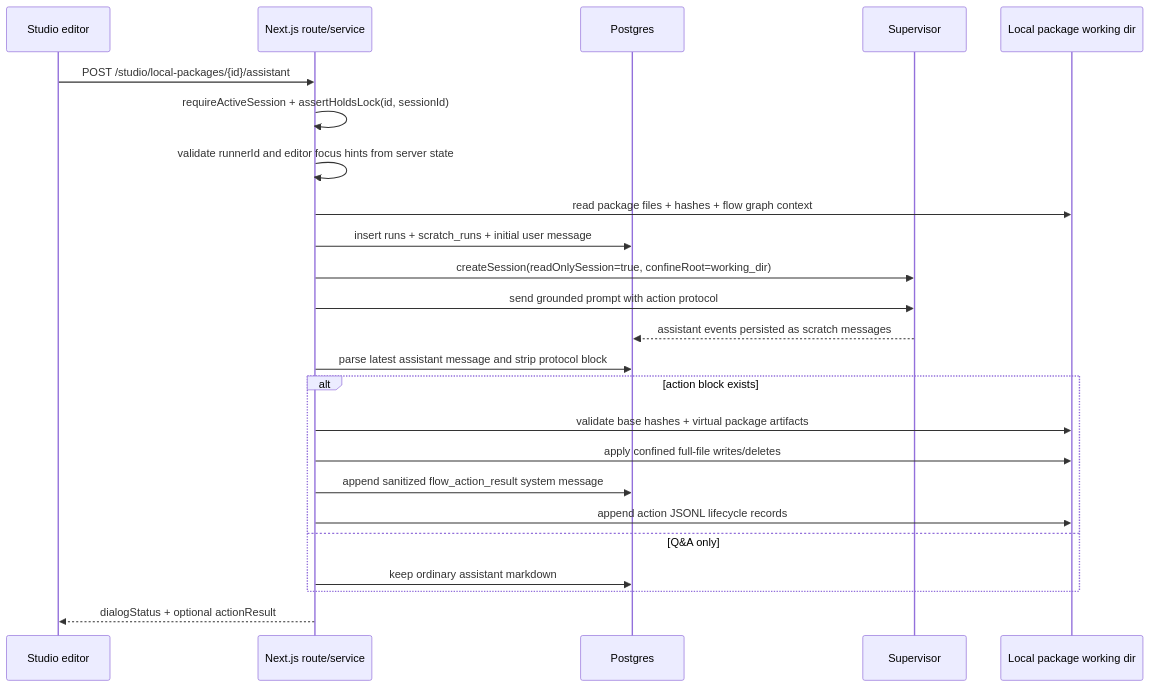
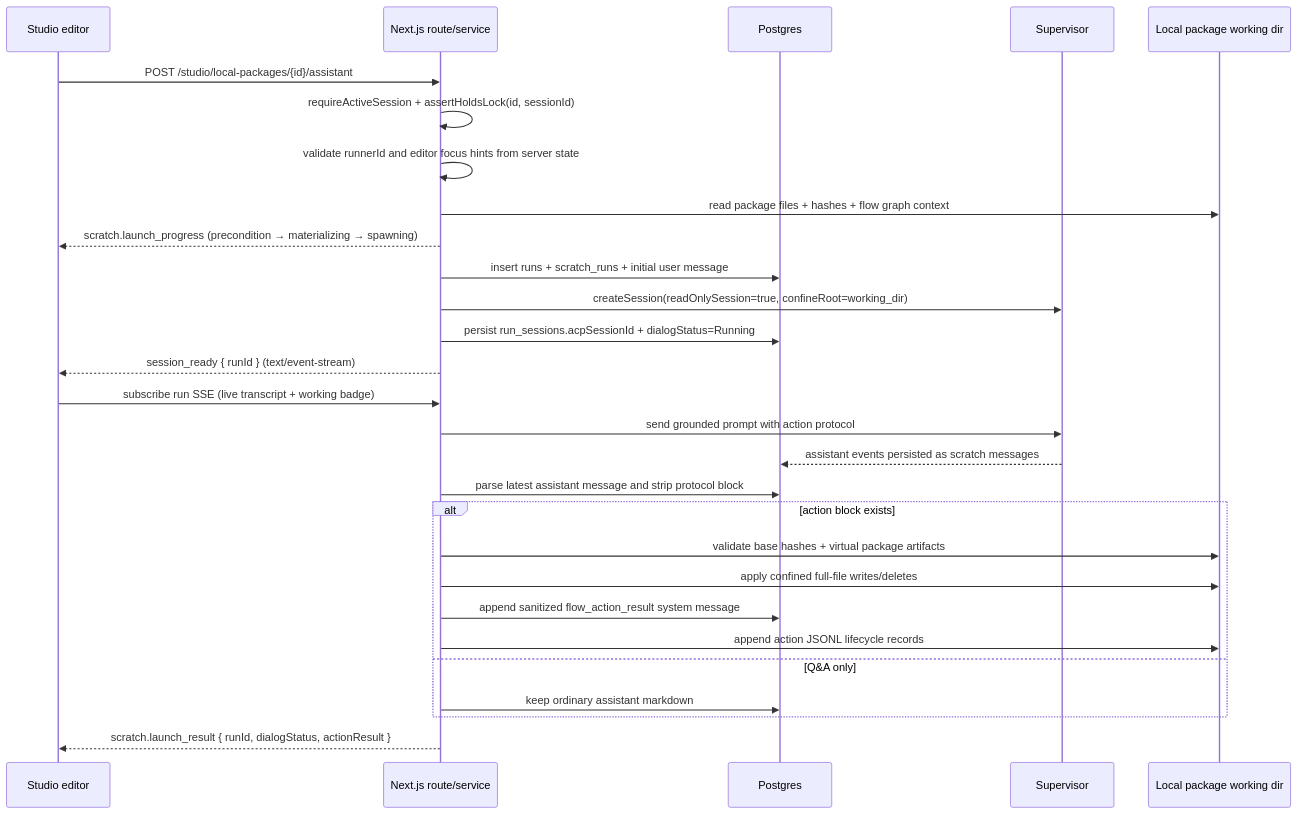
Before and after one commit to maister-dev/maister: the second of 2 diagrams in docs/system-analytics/studio-ai-assistant.md, drawn with Mermaid. The commit also changed other lines of this file and 3 other files, not shown here.

````diff
--- a/docs/system-analytics/studio-ai-assistant.md
+++ b/docs/system-analytics/studio-ai-assistant.md
@@ -84,27 +84,31 @@
 ```mermaid
 sequenceDiagram
     participant Editor as Studio editor
     participant Web as Next.js route/service
     participant DB as Postgres
     participant Sup as Supervisor
     participant FS as Local package working dir
 
     Editor->>Web: POST /studio/local-packages/{id}/assistant
     Web->>Web: requireActiveSession + assertHoldsLock(id, sessionId)
     Web->>Web: validate runnerId and editor focus hints from server state
     Web->>FS: read package files + hashes + flow graph context
+    Web-->>Editor: scratch.launch_progress (precondition → materializing → spawning)
     Web->>DB: insert runs + scratch_runs + initial user message
     Web->>Sup: createSession(readOnlySession=true, confineRoot=working_dir)
+    Web->>DB: persist run_sessions.acpSessionId + dialogStatus=Running
+    Web-->>Editor: session_ready { runId } (text/event-stream)
+    Editor->>Web: subscribe run SSE (live transcript + working badge)
     Web->>Sup: send grounded prompt with action protocol
     Sup-->>DB: assistant events persisted as scratch messages
     Web->>DB: parse latest assistant message and strip protocol block
     alt action block exists
         Web->>FS: validate base hashes + virtual package artifacts
         Web->>FS: apply confined full-file writes/deletes
         Web->>DB: append sanitized flow_action_result system message
         Web->>FS: append action JSONL lifecycle records
     else Q&A only
         Web->>DB: keep ordinary assistant markdown
     end
-    Web-->>Editor: dialogStatus + optional actionResult
+    Web-->>Editor: scratch.launch_result { runId, dialogStatus, actionResult }
 ```
````
